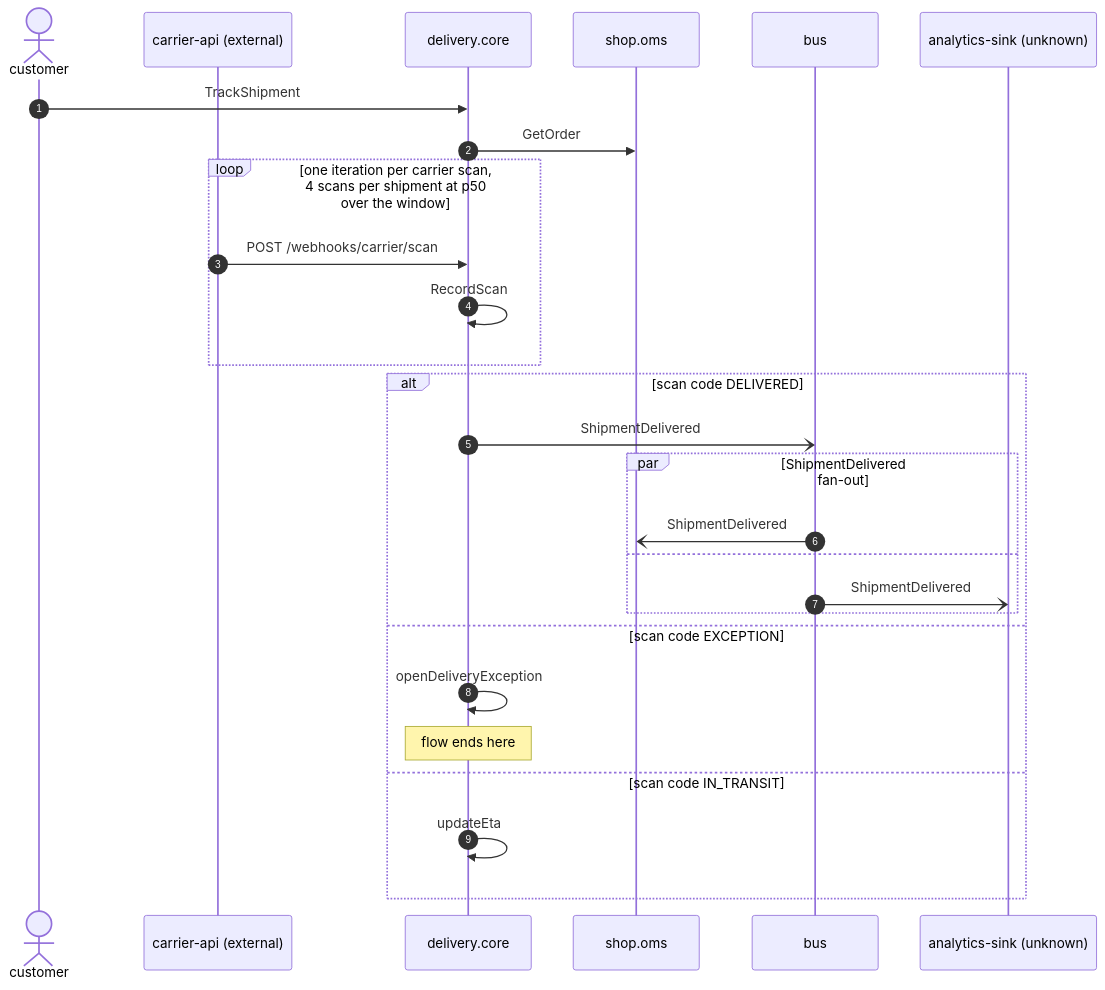
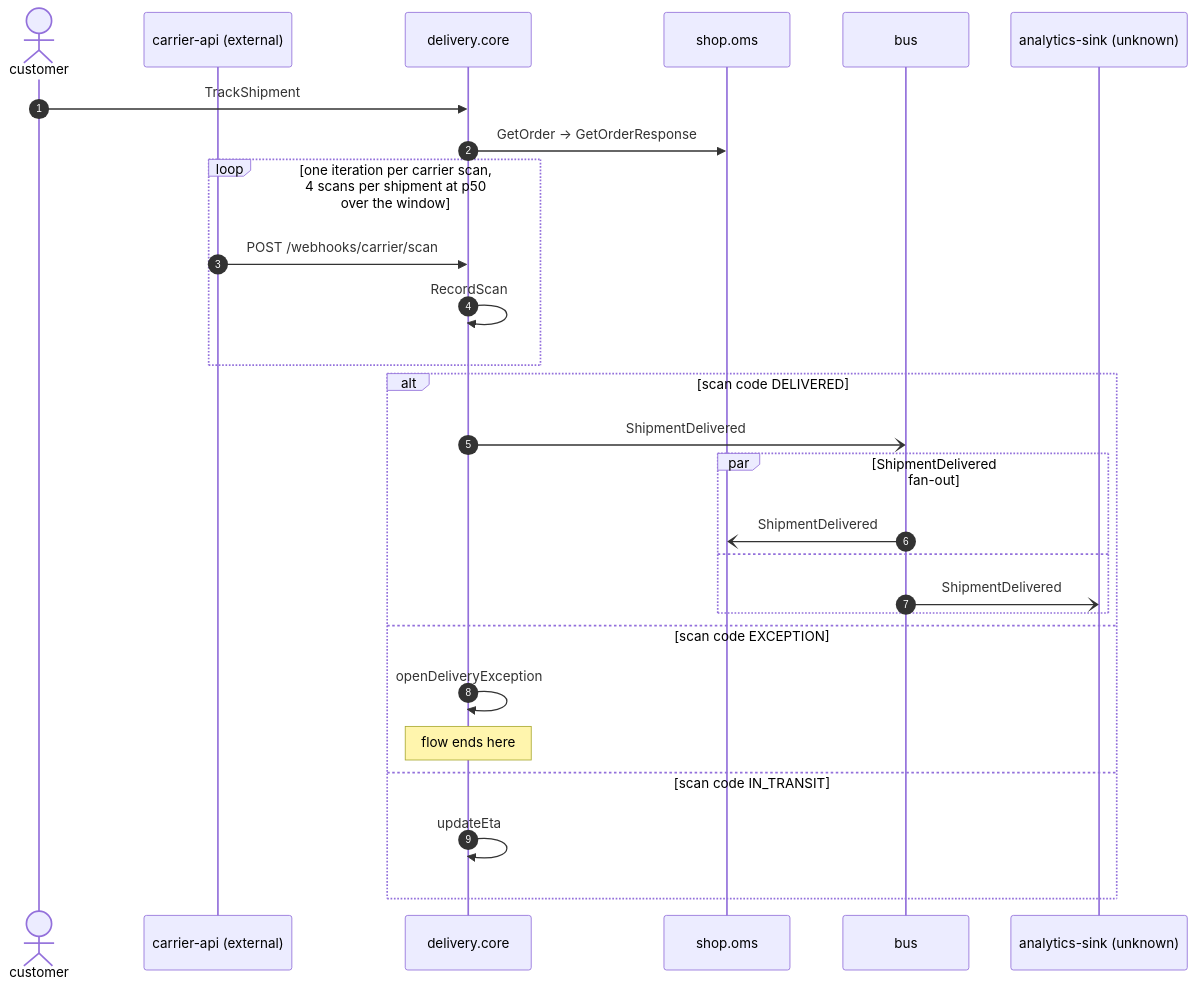
One commit to shortlink-org/portolan changed the diagram in docs/flows/shipment-tracking.md. Above: the diagram before and after it, drawn with Mermaid. The commit also changed other lines of this file and 87 other files, not shown here.

````diff
--- a/docs/flows/shipment-tracking.md
+++ b/docs/flows/shipment-tracking.md
@@ -24,29 +24,29 @@
 ```mermaid
 sequenceDiagram
     autonumber
     actor p0 as customer
     participant p1 as carrier-api (external)
     participant p2 as delivery.core
     participant p3 as shop.oms
     participant p4 as bus
     participant p5 as analytics-sink (unknown)
     p0->>p2: TrackShipment
-    p2->>p3: GetOrder
+    p2->>p3: GetOrder → GetOrderResponse
     loop one iteration per carrier scan, 4 scans per shipment at p50 over the window
         p1->>p2: POST /webhooks/carrier/scan
         p2->>p2: RecordScan
     end
     alt scan code DELIVERED
         p2-)p4: ShipmentDelivered
         par ShipmentDelivered fan-out
             p4-)p3: ShipmentDelivered
         and
             p4-)p5: ShipmentDelivered
         end
     else scan code EXCEPTION
         p2->>p2: openDeliveryException
         Note over p2: flow ends here
     else scan code IN_TRANSIT
         p2->>p2: updateEta
     end
 ```
````
